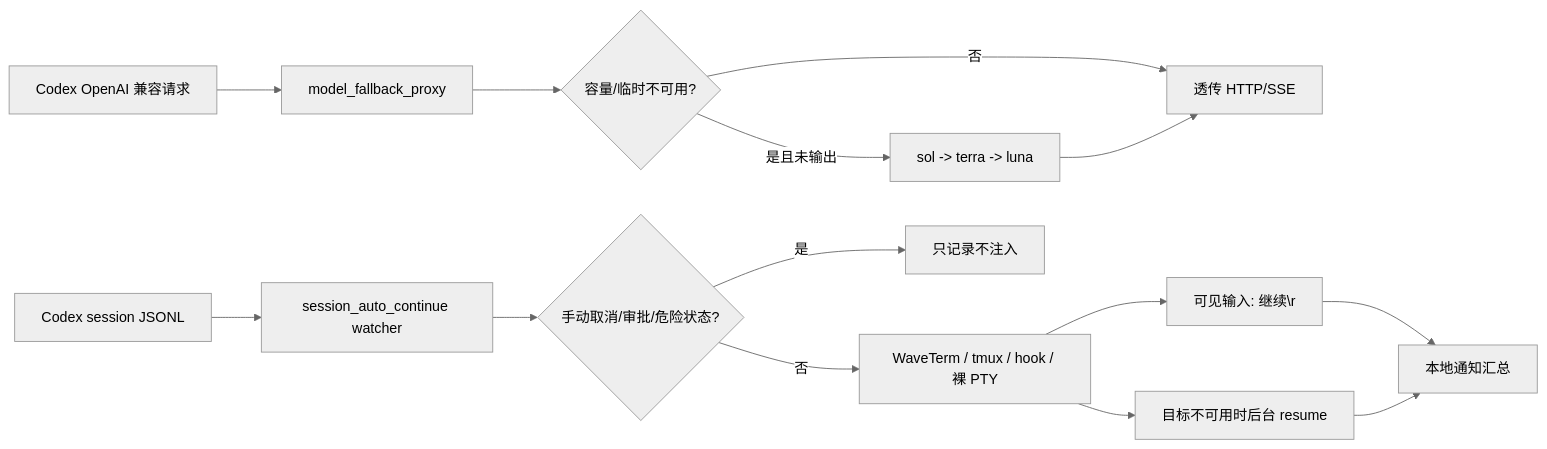
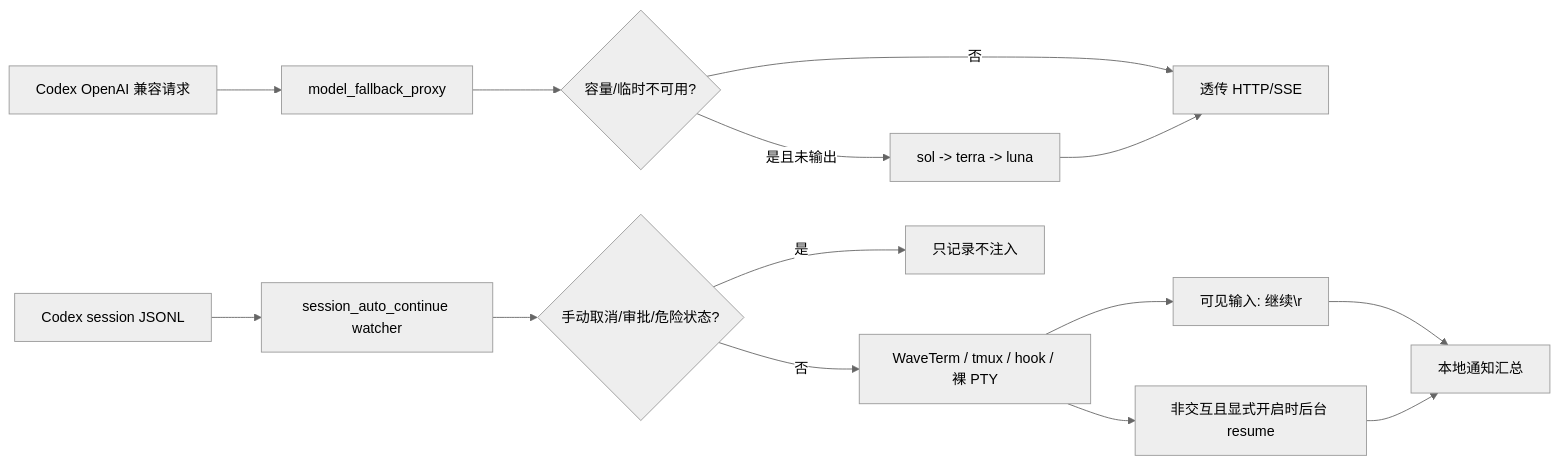
The diagram in README.md (nervendings/model_fallback_proxy_standalone), drawn with Mermaid (neutral theme) before and after one commit. The commit also changed other lines of this file and 5 other files, not shown here.

````diff
--- a/README.md
+++ b/README.md
@@ -42,16 +42,16 @@
 ```mermaid
 flowchart LR
     A[Codex OpenAI 兼容请求] --> B[model_fallback_proxy]
     B --> C{容量/临时不可用?}
     C -- 否 --> D[透传 HTTP/SSE]
     C -- 是且未输出 --> E[sol -> terra -> luna]
     E --> D
     F[Codex session JSONL] --> G[session_auto_continue watcher]
     G --> H{手动取消/审批/危险状态?}
     H -- 是 --> I[只记录不注入]
     H -- 否 --> J[WaveTerm / tmux / hook / 裸 PTY]
     J --> K[可见输入: 继续\r]
-    J --> L[目标不可用时后台 resume]
+    J --> L[非交互且显式开启时后台 resume]
     K --> M[本地通知汇总]
     L --> M
 ```
````
